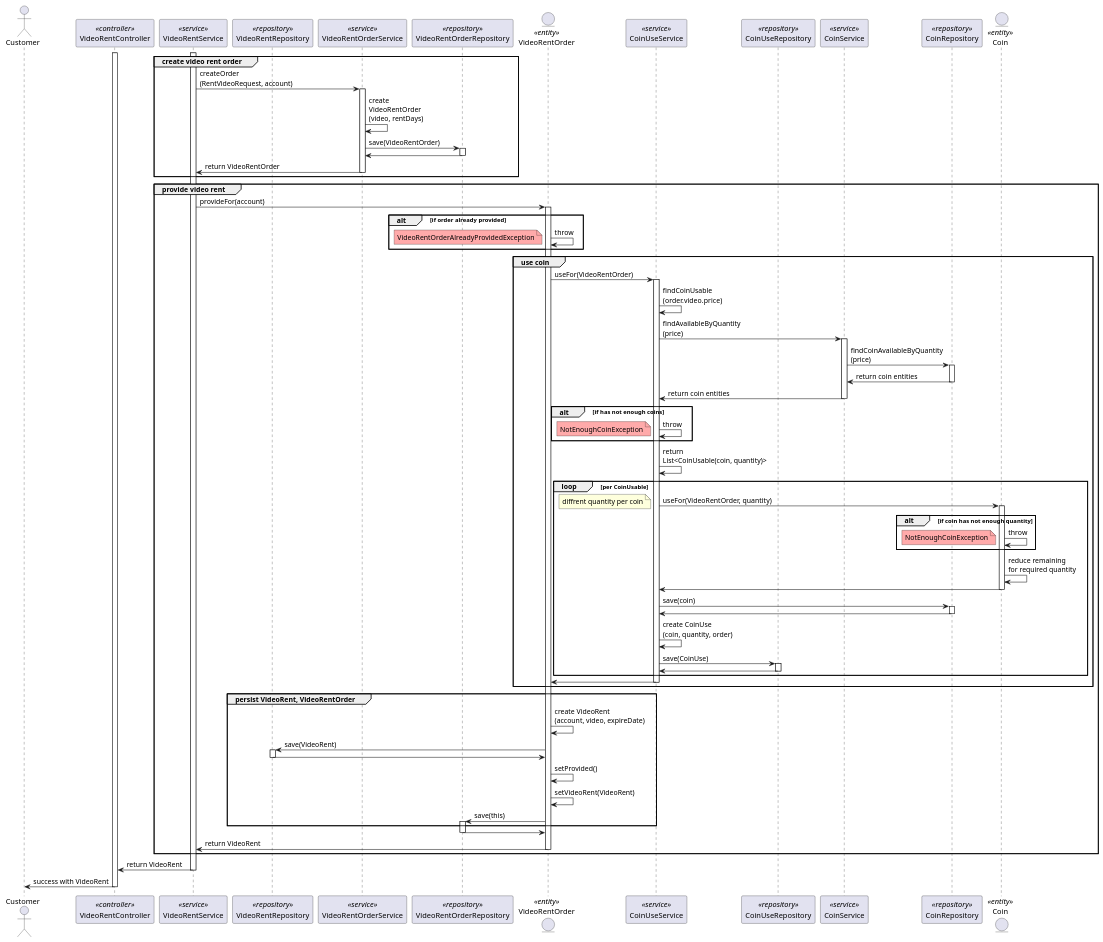
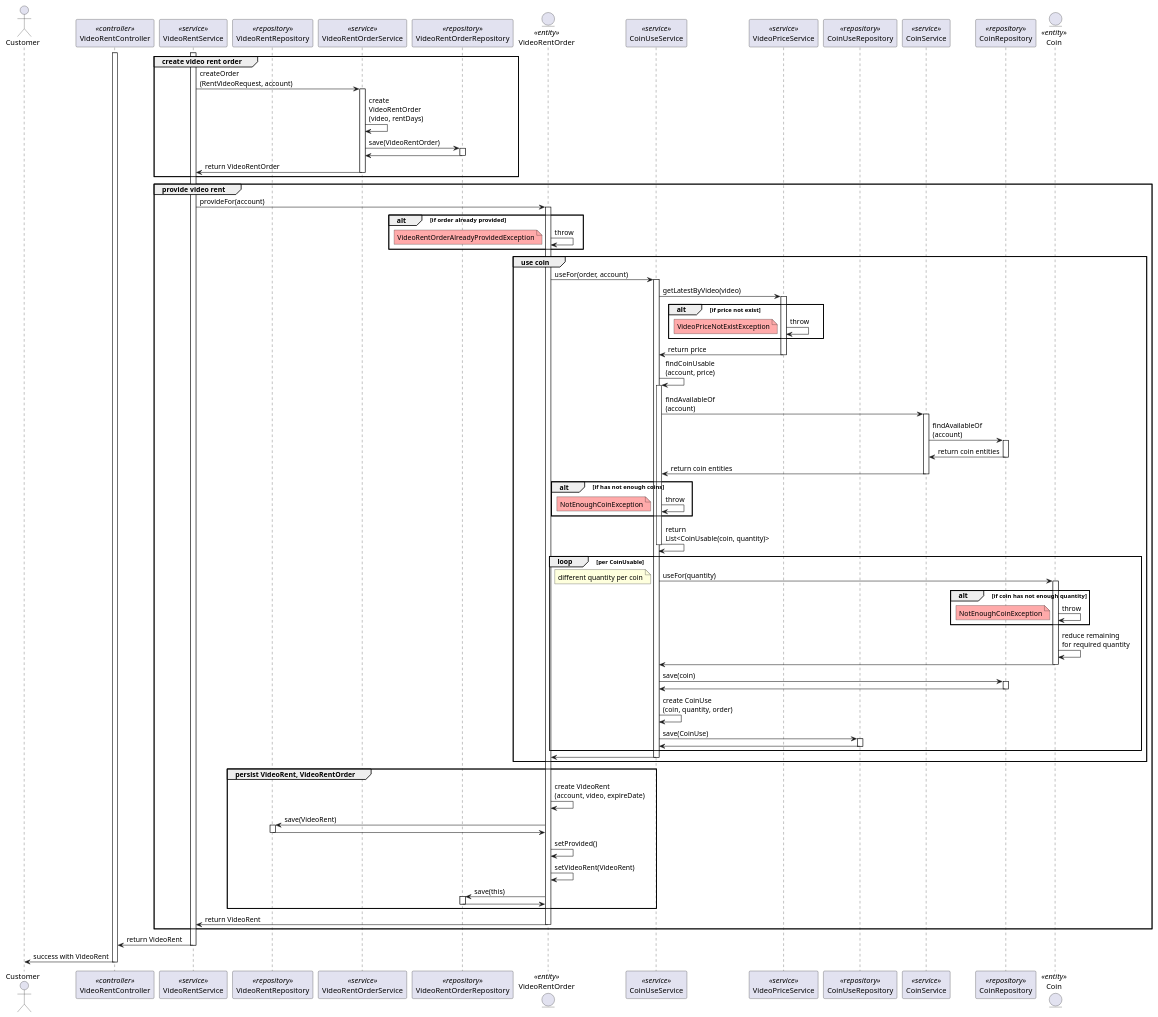
The diagram in docs/design/rent_video/2_provide_video_rent.puml (AYONC/videoshop), drawn with PlantUML before and after one commit. The commit also changed 30 other files, not shown here.

```diff
--- a/docs/design/rent_video/2_provide_video_rent.puml
+++ b/docs/design/rent_video/2_provide_video_rent.puml
@@ -1,119 +1,134 @@
 @startuml
 
 actor customer as "Customer"
 participant videoRentController as "VideoRentController" <<controller>>
 participant videoRentService as "VideoRentService" <<service>>
 participant videoRentRepository as "VideoRentRepository" <<repository>>
 participant videoRentOrderService as "VideoRentOrderService" <<service>>
 participant videoRentOrderRepository as "VideoRentOrderRepository" <<repository>>
 entity videoRentOrder as "VideoRentOrder" <<entity>>
 participant coinUseService as "CoinUseService" <<service>>
+participant videoPriceService as "VideoPriceService" <<service>>
 participant coinUseRepository as "CoinUseRepository" <<repository>>
 participant coinService as "CoinService" <<service>>
 participant coinRepository as "CoinRepository" <<repository>>
 entity coin as "Coin" <<entity>>
 
 activate videoRentController
 activate videoRentService
 
 group create video rent order
     videoRentService -> videoRentOrderService: createOrder\n(RentVideoRequest, account)
     activate videoRentOrderService
     videoRentOrderService -> videoRentOrderService: create \nVideoRentOrder \n(video, rentDays)
     videoRentOrderService -> videoRentOrderRepository: save(VideoRentOrder)
     activate videoRentOrderRepository
 
     videoRentOrderService <- videoRentOrderRepository:
     deactivate videoRentOrderRepository
     videoRentService <- videoRentOrderService: return VideoRentOrder
     deactivate videoRentOrderService
 end
 
 group provide video rent
     videoRentService -> videoRentOrder: provideFor(account)
     activate videoRentOrder
     alt if order already provided
         videoRentOrder -> videoRentOrder: throw
         note left #ffaaaa: VideoRentOrderAlreadyProvidedException
     end
 
     group use coin
-        videoRentOrder -> coinUseService: useFor(VideoRentOrder)
+        videoRentOrder -> coinUseService: useFor(order, account)
         activate coinUseService
-        coinUseService -> coinUseService: findCoinUsable\n(order.video.price)
-        coinUseService -> coinService: findAvailableByQuantity\n(price)
+
+        coinUseService -> videoPriceService: getLatestByVideo(video)
+        activate videoPriceService
+
+        alt if price not exist
+            videoPriceService -> videoPriceService: throw
+            note left #ffaaaa: VideoPriceNotExistException
+        end
+
+        coinUseService <- videoPriceService: return price
+        deactivate videoPriceService
+
+        coinUseService -> coinUseService: findCoinUsable\n(account, price)
+        activate coinUseService
+        coinUseService -> coinService: findAvailableOf\n(account)
         activate coinService
-        coinService -> coinRepository: findCoinAvailableByQuantity\n(price)
+        coinService -> coinRepository: findAvailableOf\n(account)
         activate coinRepository
 
         coinService <- coinRepository: return coin entities
         deactivate coinRepository
         coinUseService <- coinService: return coin entities
         deactivate coinService
 
         alt if has not enough coins
             coinUseService -> coinUseService: throw
             note left #ffaaaa: NotEnoughCoinException
         end
         coinUseService -> coinUseService: return \nList<CoinUsable(coin, quantity)>
+        deactivate coinUseService
 
         loop per CoinUsable
-            coinUseService -> coin: useFor(VideoRentOrder, quantity)
-            note left: diffrent quantity per coin
+            coinUseService -> coin: useFor(quantity)
+            note left: different quantity per coin
             activate coin
 
             alt if coin has not enough quantity
                 coin -> coin: throw
                 note left #ffaaaa: NotEnoughCoinException
             end
 
             coin -> coin: reduce remaining \nfor required quantity
             coinUseService <- coin:
             deactivate coin
 
             coinUseService -> coinRepository: save(coin)
             activate coinRepository
             coinUseService <- coinRepository:
             deactivate coinRepository
 
             coinUseService -> coinUseService: create CoinUse\n(coin, quantity, order)
             coinUseService -> coinUseRepository: save(CoinUse)
             activate coinUseRepository
 
             coinUseService <- coinUseRepository:
             deactivate coinUseRepository
         end
 
         videoRentOrder <- coinUseService:
         deactivate coinUseService
     end
 
     group persist VideoRent, VideoRentOrder
         videoRentOrder -> videoRentOrder: create VideoRent\n(account, video, expireDate)
         videoRentOrder -> videoRentRepository: save(VideoRent)
         activate videoRentRepository
 
         videoRentOrder <- videoRentRepository:
         deactivate videoRentRepository
 
         videoRentOrder -> videoRentOrder: setProvided()
         videoRentOrder -> videoRentOrder: setVideoRent(VideoRent)
 
         videoRentOrder -> videoRentOrderRepository: save(this)
         activate videoRentOrderRepository
+
+        videoRentOrder <- videoRentOrderRepository:
+        deactivate videoRentOrderRepository
     end
-    videoRentOrder <- videoRentOrderRepository:
-    deactivate videoRentOrderRepository
-
 
     videoRentService <- videoRentOrder: return VideoRent
     deactivate videoRentOrder
 end
 
 videoRentController <- videoRentService: return VideoRent
 deactivate videoRentService
 
 customer <- videoRentController: success with VideoRent
 deactivate videoRentController
 
 @enduml
```
